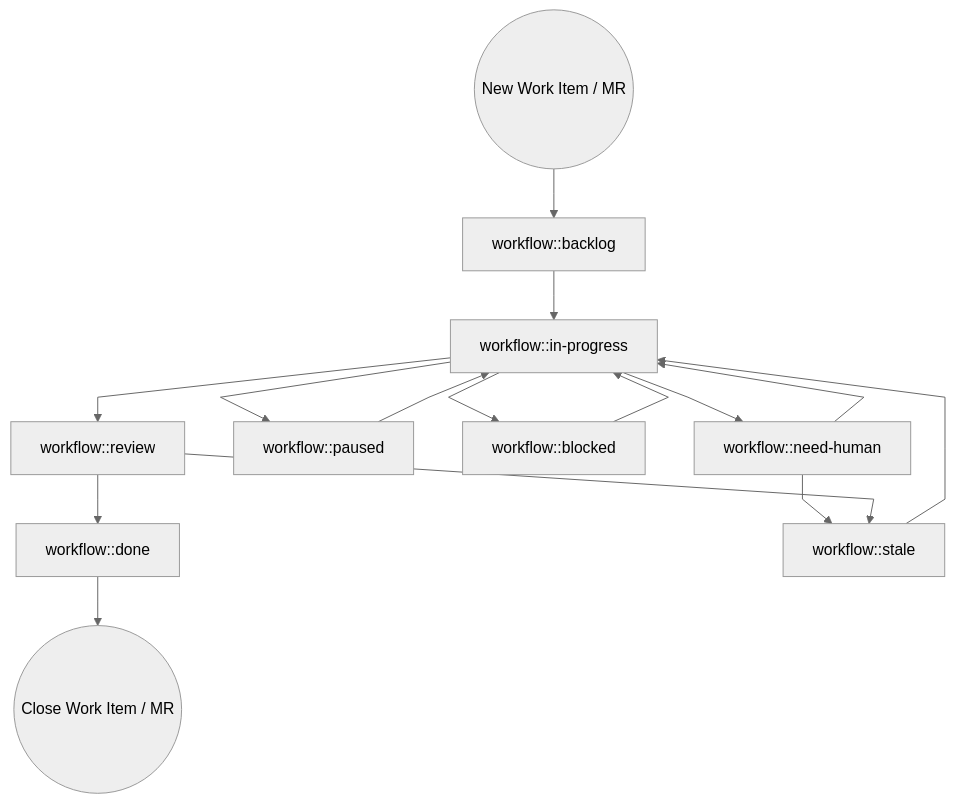
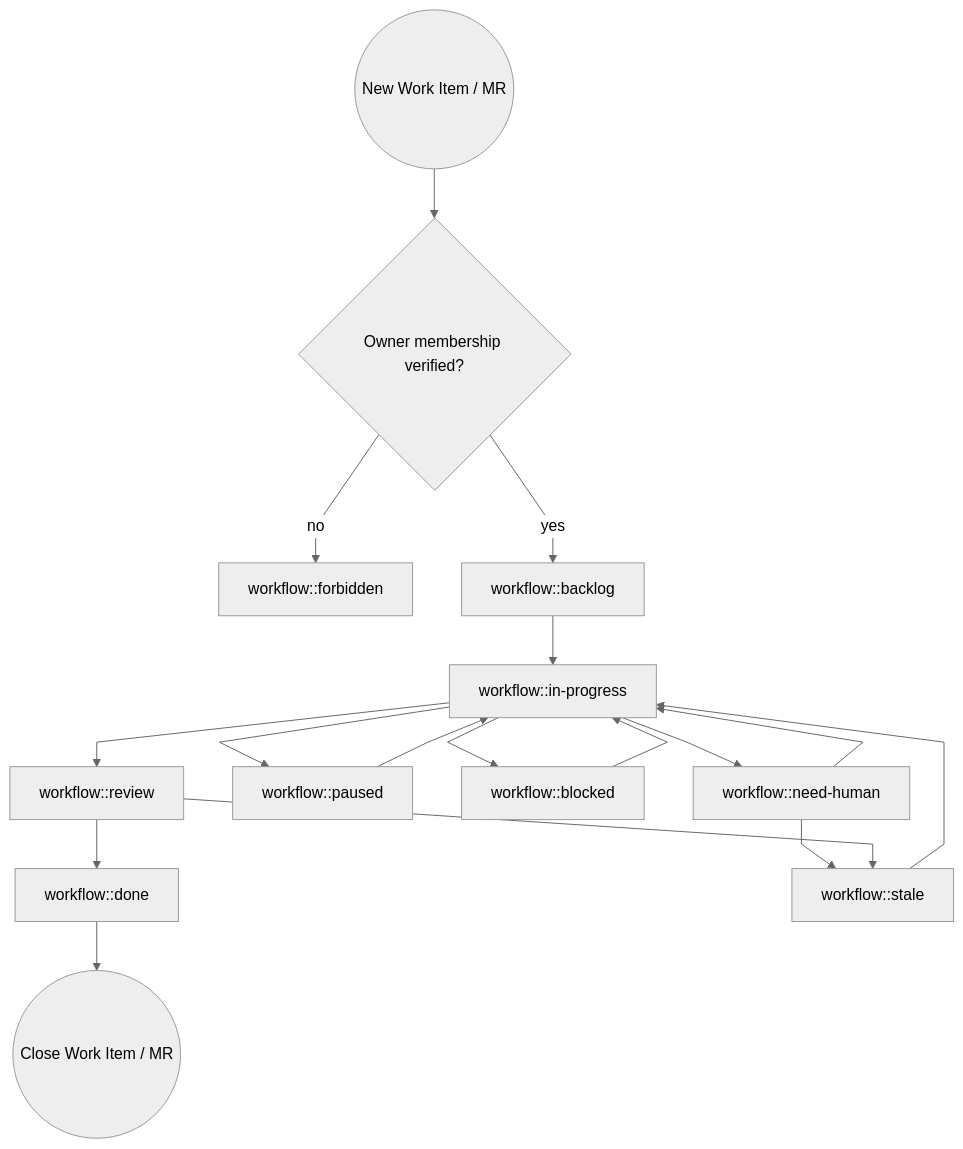
The diagram in skills/clawhub/xrowgmbh-gitlab-agent/SKILL.md (RabbitAI-Lab/rabbit-plugins-upstream), drawn with Mermaid (neutral theme) before and after one commit. The commit also changed other lines of this file and 17359 other files, not shown here.

````diff
--- a/skills/clawhub/xrowgmbh-gitlab-agent/SKILL.md
+++ b/skills/clawhub/xrowgmbh-gitlab-agent/SKILL.md
@@ -171,22 +191,24 @@
 ```mermaid
 ---
 config:
   flowchart:
     curve: linear
 ---
 graph TD
-    create((New Work Item / MR)) --> workflow::backlog
+    create((New Work Item / MR)) --> security{Owner membership verified?}
+    security -- no --> workflow::forbidden
+    security -- yes --> workflow::backlog
     workflow::backlog --> workflow::in-progress
     workflow::in-progress --> workflow::review
     workflow::review --> workflow::done
     workflow::in-progress --> workflow::paused
     workflow::in-progress --> workflow::blocked
     workflow::in-progress --> workflow::need-human
     workflow::need-human --> workflow::in-progress
     workflow::need-human --> workflow::stale
     workflow::blocked --> workflow::in-progress
     workflow::paused --> workflow::in-progress
     workflow::review --> workflow::stale
     workflow::stale --> workflow::in-progress
     workflow::done  --> close((Close Work Item / MR))
 ```
````
